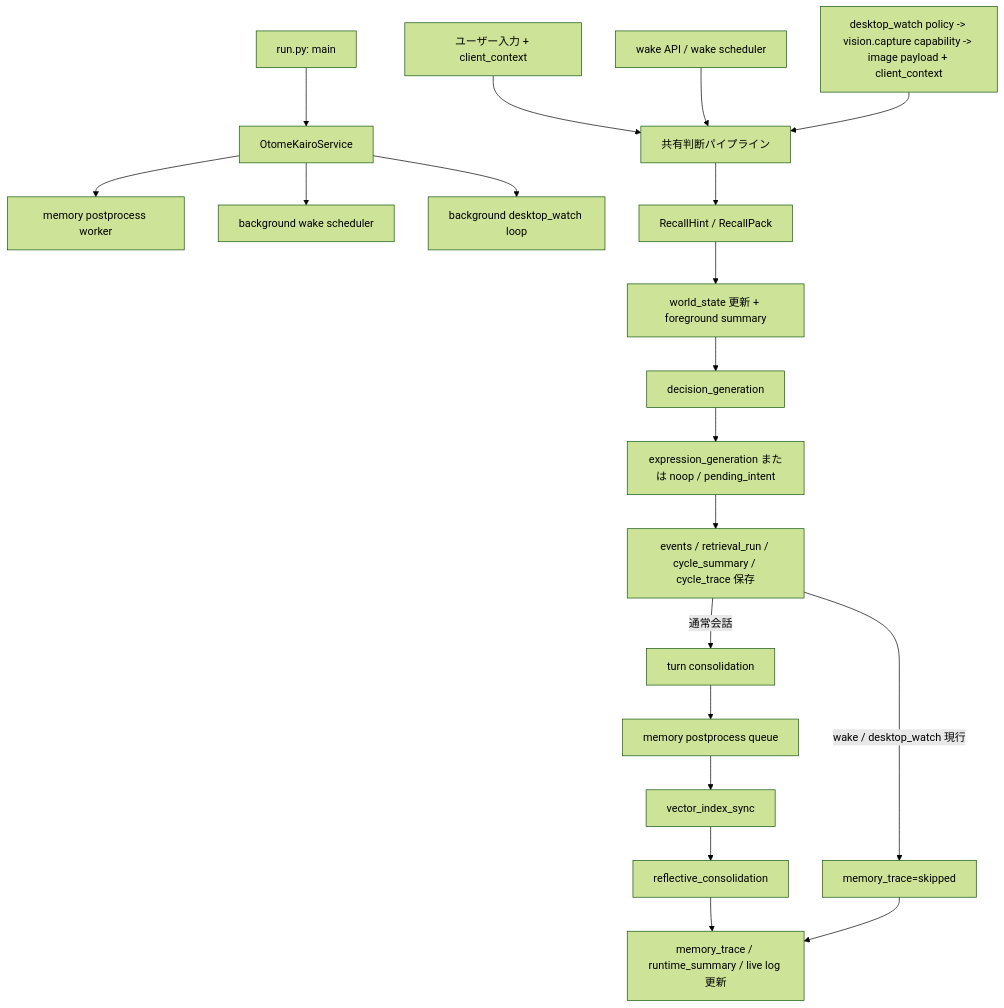
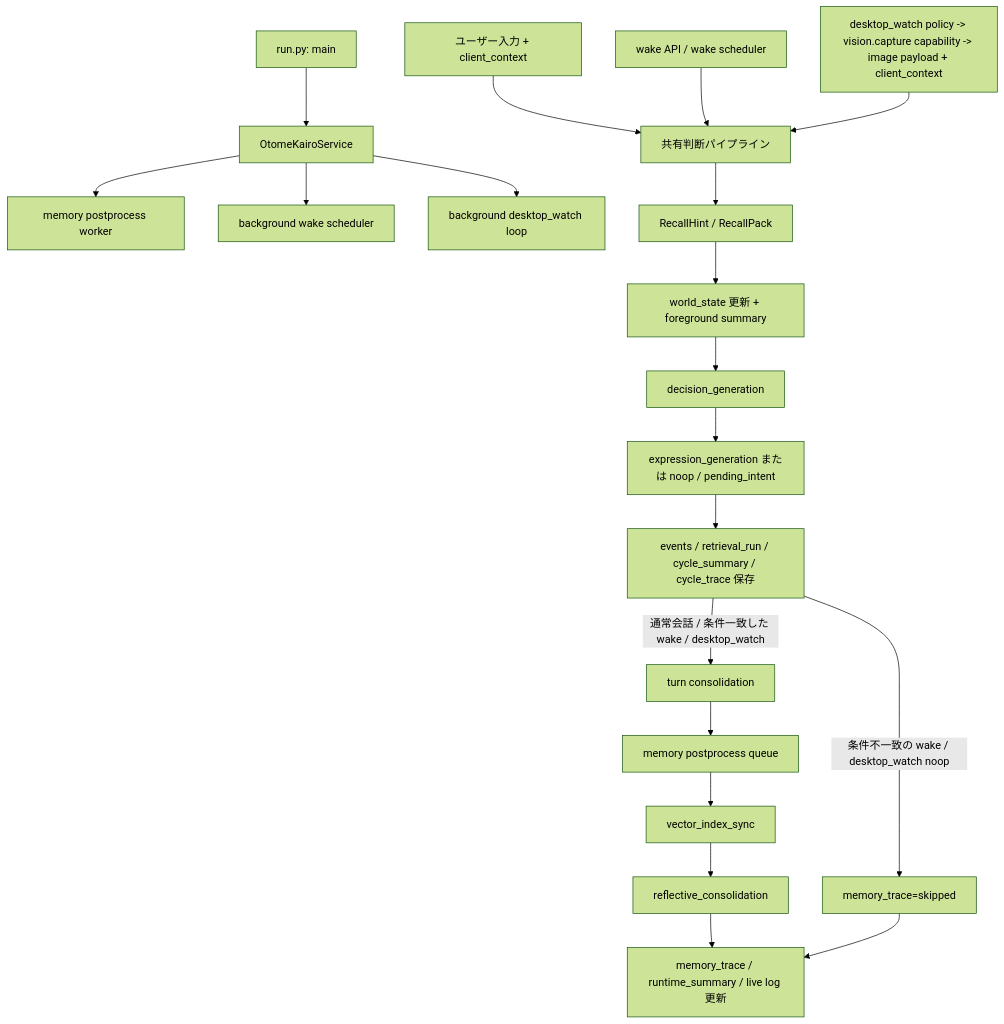
Before and after one commit to hirona98/OtomeKairo: the second of 4 diagrams in docs/plan/02_現行処理フロー.md, drawn with Mermaid (forest theme). The commit also changed other lines of this file and 3 other files, not shown here.

````diff
--- a/docs/plan/02_現行処理フロー.md
+++ b/docs/plan/02_現行処理フロー.md
@@ -102,25 +102,25 @@
 ```mermaid
 flowchart TD
     Start["run.py: main"] --> Service["OtomeKairoService"]
     Service --> Worker["memory postprocess worker"]
     Service --> WakeLoop["background wake scheduler"]
     Service --> WatchLoop["background desktop_watch loop"]
 
     User["ユーザー入力 + client_context"] --> Shared["共有判断パイプライン"]
     WakeAPI["wake API / wake scheduler"] --> Shared
     Watch["desktop_watch policy -> vision.capture capability -> image payload + client_context"] --> Shared
 
     Shared --> Recall["RecallHint / RecallPack"]
     Recall --> WorldState["world_state 更新 + foreground summary"]
     WorldState --> Decision["decision_generation"]
     Decision --> Reply["expression_generation または noop / pending_intent"]
     Reply --> Persist["events / retrieval_run / cycle_summary / cycle_trace 保存"]
 
-    Persist -->|通常会話| Memory["turn consolidation"]
-    Persist -->|wake / desktop_watch 現行| SkipMemory["memory_trace=skipped"]
+    Persist -->|通常会話 / 条件一致した wake / desktop_watch| Memory["turn consolidation"]
+    Persist -->|条件不一致の wake / desktop_watch noop| SkipMemory["memory_trace=skipped"]
     Memory --> Queue["memory postprocess queue"]
     Queue --> Vec["vector_index_sync"]
     Vec --> Reflect["reflective_consolidation"]
     Reflect --> Update["memory_trace / runtime_summary / live log 更新"]
     SkipMemory --> Update
 ```
````
